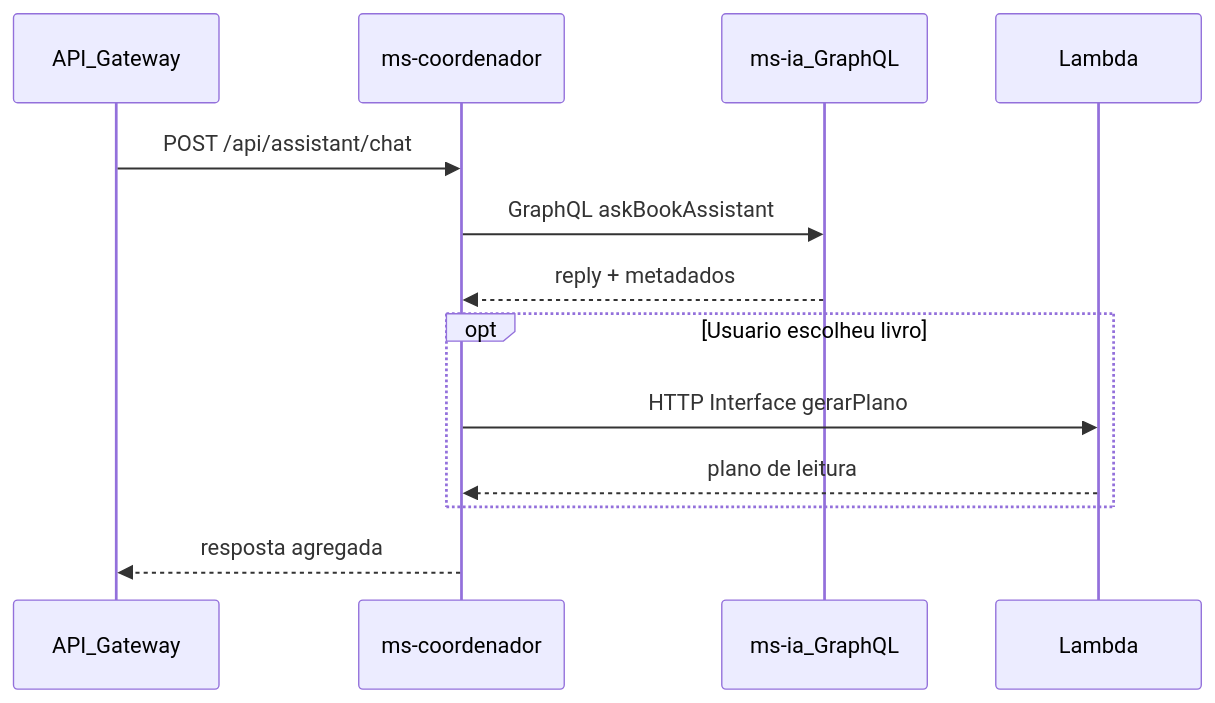
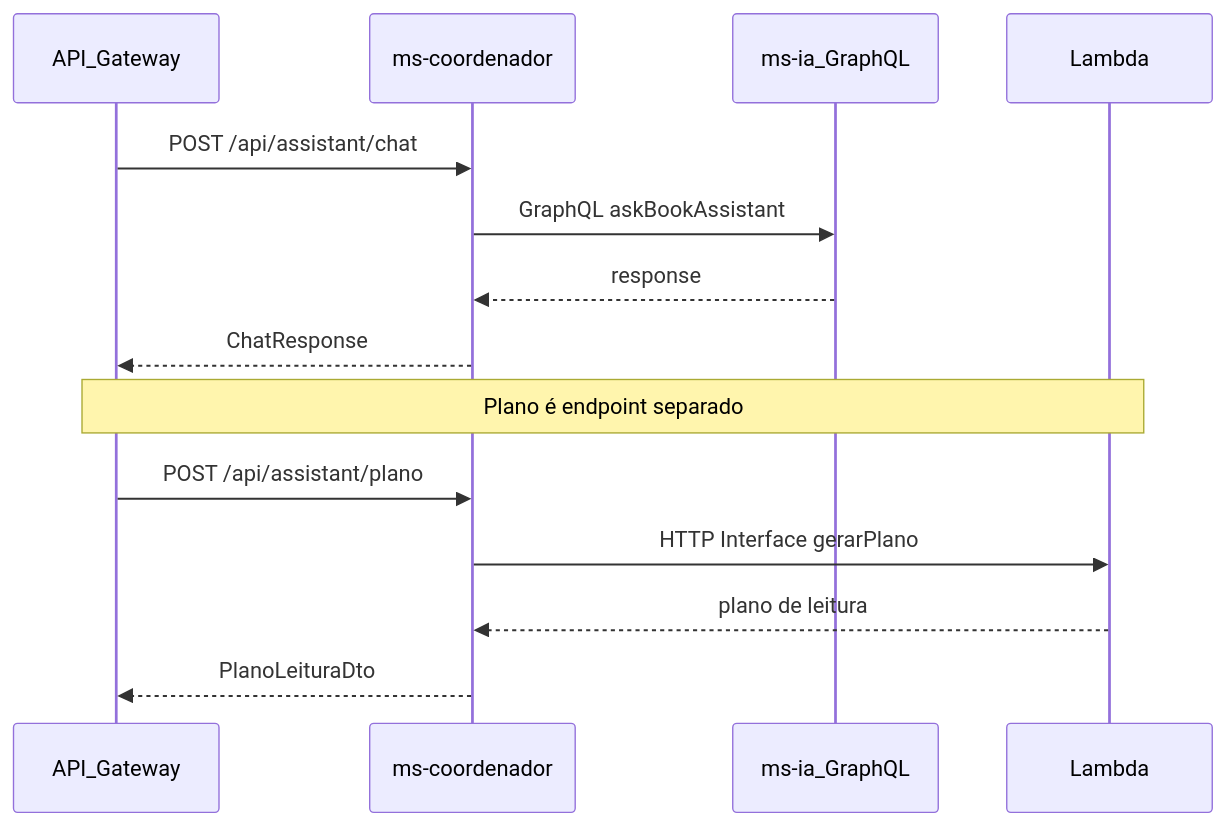
One commit to maycon-mdrs/ai-powered-web-application changed the first of 2 diagrams in docs/02-ms-coordenador.md. Above: the diagram before and after it, drawn with Mermaid. The commit also changed other lines of this file and 53 other files, not shown here.

````diff
--- a/docs/02-ms-coordenador.md
+++ b/docs/02-ms-coordenador.md
@@ -21,15 +21,16 @@
 ```mermaid
 sequenceDiagram
   participant GW as API_Gateway
   participant MS1 as ms-coordenador
   participant MS2 as ms-ia_GraphQL
   participant L as Lambda
   GW->>MS1: POST /api/assistant/chat
   MS1->>MS2: GraphQL askBookAssistant
-  MS2-->>MS1: reply + metadados
-  opt Usuario escolheu livro
-    MS1->>L: HTTP Interface gerarPlano
-    L-->>MS1: plano de leitura
-  end
-  MS1-->>GW: resposta agregada
+  MS2-->>MS1: response
+  MS1-->>GW: ChatResponse
+  Note over GW,L: Plano é endpoint separado
+  GW->>MS1: POST /api/assistant/plano
+  MS1->>L: HTTP Interface gerarPlano
+  L-->>MS1: plano de leitura
+  MS1-->>GW: PlanoLeituraDto
 ```
````
